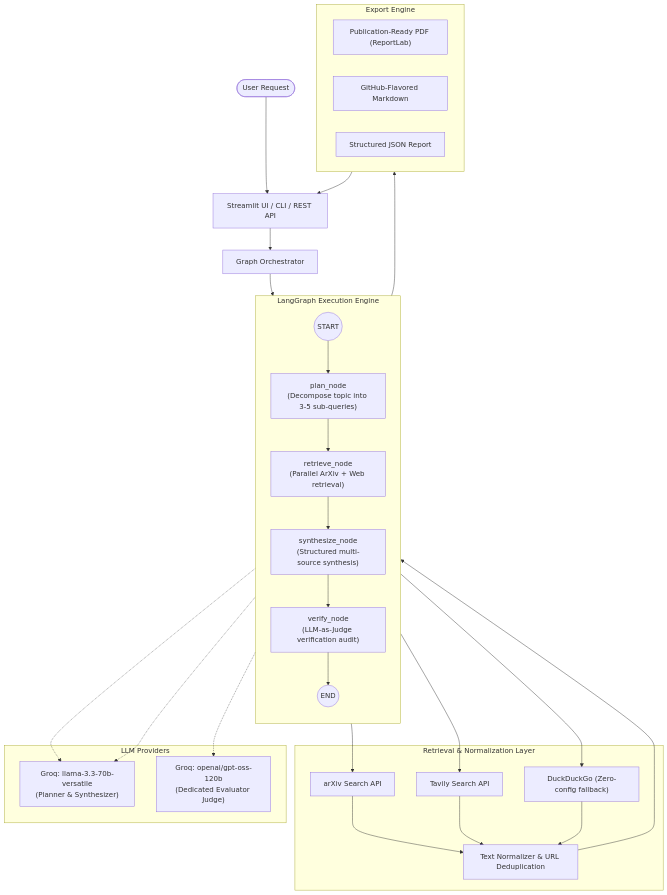
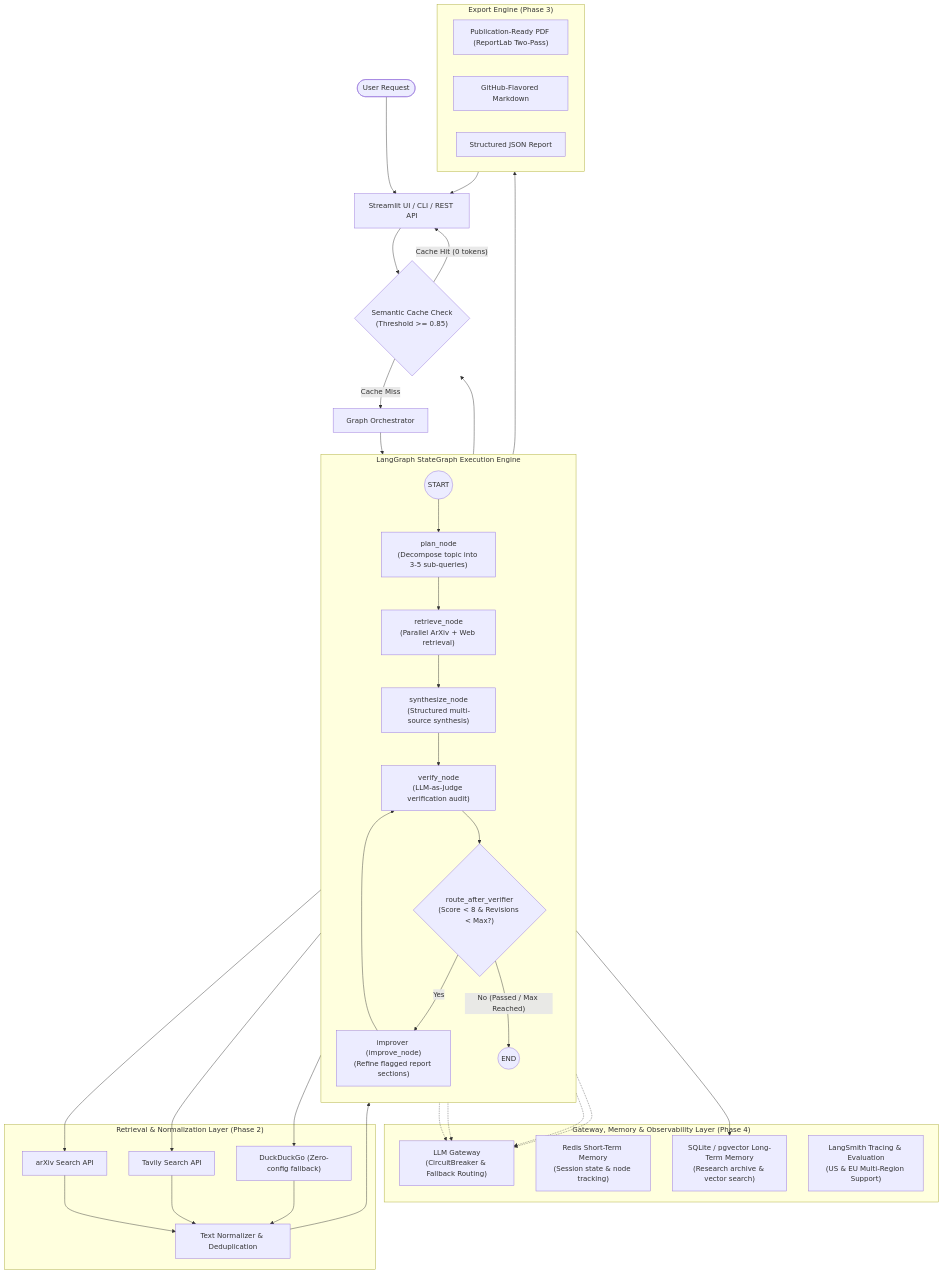
The diagram in ARCHITECTURE.md (hit93/AI-Research-Assistant), drawn with Mermaid before and after one commit. The commit also changed other lines of this file and 3 other files, not shown here.

Commit message:
feat: add settings configuration and update architecture documentation for gateway, memory, and caching layers

````diff
--- a/ARCHITECTURE.md
+++ b/ARCHITECTURE.md
@@ -9,42 +9,52 @@
 ```mermaid
 flowchart TD
     User([User Request]) --> UI[Streamlit UI / CLI / REST API]
-    UI --> Orchestrator[Graph Orchestrator]
+    UI --> CacheCheck{"Semantic Cache Check\n(Threshold >= 0.85)"}
 
-    subgraph LangGraphCore ["LangGraph Execution Engine"]
+    CacheCheck -- "Cache Hit (0 tokens)" --> UI
+    CacheCheck -- "Cache Miss" --> Orchestrator[Graph Orchestrator]
+
+    subgraph LangGraphCore ["LangGraph StateGraph Execution Engine"]
         direction TB
         START((START)) --> PlanNode["plan_node\n(Decompose topic into 3-5 sub-queries)"]
         PlanNode --> RetrieveNode["retrieve_node\n(Parallel ArXiv + Web retrieval)"]
         RetrieveNode --> SynthNode["synthesize_node\n(Structured multi-source synthesis)"]
         SynthNode --> VerifyNode["verify_node\n(LLM-as-Judge verification audit)"]
-        VerifyNode --> END((END))
+
+        VerifyNode --> Decision{"route_after_verifier\n(Score < 8 & Revisions < Max?)"}
+        Decision -- "Yes" --> ImproveNode["improver (improve_node)\n(Refine flagged report sections)"]
+        ImproveNode --> VerifyNode
+        Decision -- "No (Passed / Max Reached)" --> END((END))
     end
 
-    subgraph RetrievalLayer ["Retrieval & Normalization Layer"]
+    subgraph MemoryGateway ["Gateway, Memory & Observability Layer (Phase 4)"]
+        Gateway["LLM Gateway\n(CircuitBreaker & Fallback Routing)"]
+        STM["Redis Short-Term Memory\n(Session state & node tracking)"]
+        LTM["SQLite / pgvector Long-Term Memory\n(Research archive & vector search)"]
+        LangSmith["LangSmith Tracing & Evaluation\n(US & EU Multi-Region Support)"]
+    end
+
+    subgraph RetrievalLayer ["Retrieval & Normalization Layer (Phase 2)"]
         ArxivAPI["arXiv Search API"]
         TavilyAPI["Tavily Search API"]
         DDG["DuckDuckGo (Zero-config fallback)"]
-        Cleaner["Text Normalizer & URL Deduplication"]
+        Cleaner["Text Normalizer & Deduplication"]
     end
 
-    subgraph LLMProviders ["LLM Providers"]
-        GroqSynthesizer["Groq: llama-3.3-70b-versatile\n(Planner & Synthesizer)"]
-        GroqJudge["Groq: openai/gpt-oss-120b\n(Dedicated Evaluator Judge)"]
-    end
-
-    subgraph Exporters ["Export Engine"]
-        PDF["Publication-Ready PDF (ReportLab)"]
+    subgraph Exporters ["Export Engine (Phase 3)"]
+        PDF["Publication-Ready PDF (ReportLab Two-Pass)"]
         MD["GitHub-Flavored Markdown"]
         JSON["Structured JSON Report"]
     end
 
     Orchestrator --> START
-    PlanNode -.-> GroqSynthesizer
+    PlanNode -.-> Gateway
     RetrieveNode --> ArxivAPI & TavilyAPI & DDG
-    ArxivAPI & TavilyAPI & DDG --> Cleaner
-    Cleaner --> RetrieveNode
-    SynthNode -.-> GroqSynthesizer
-    VerifyNode -.-> GroqJudge
-    END --> Exporters
-    Exporters --> UI
+    ArxivAPI & TavilyAPI & DDG --> Cleaner --> RetrieveNode
+    SynthNode -.-> Gateway
+    VerifyNode -.-> Gateway
+    ImproveNode -.-> Gateway
+    END --> Exporters --> UI
+    END --> LTM
+    END --> CacheCheck
 ```
````
